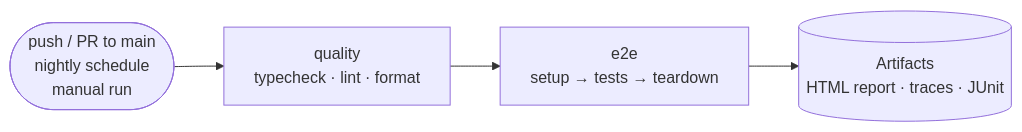
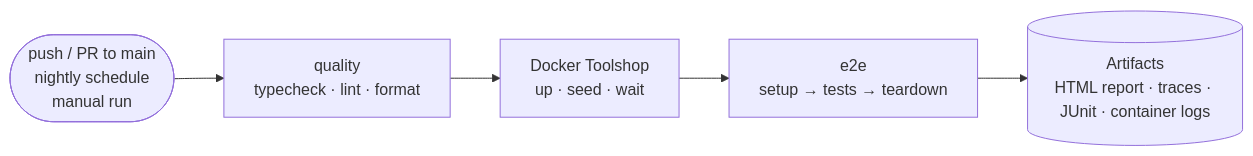
One commit to hathihuyen/ecom-test-project-playwright changed the third of 3 diagrams in README.md. Above: the diagram before and after it, drawn with Mermaid. The commit also changed other lines of this file and 2 other files, not shown here.

Commit message:
Docs: README for Docker Toolshop and CI; fix workflow formatting and ALL_BROWSER typo

````diff
--- a/README.md
+++ b/README.md
@@ -439,6 +527,7 @@
 ```mermaid
 flowchart LR
     T(["push / PR to main<br/>nightly schedule<br/>manual run"]) --> Q["quality<br/>typecheck · lint · format"]
-    Q --> E["e2e<br/>setup → tests → teardown"]
-    E --> R[("Artifacts<br/>HTML report · traces · JUnit")]
+    Q --> D["Docker Toolshop<br/>up · seed · wait"]
+    D --> E["e2e<br/>setup → tests → teardown"]
+    E --> R[("Artifacts<br/>HTML report · traces · JUnit · container logs")]
 ```
````
